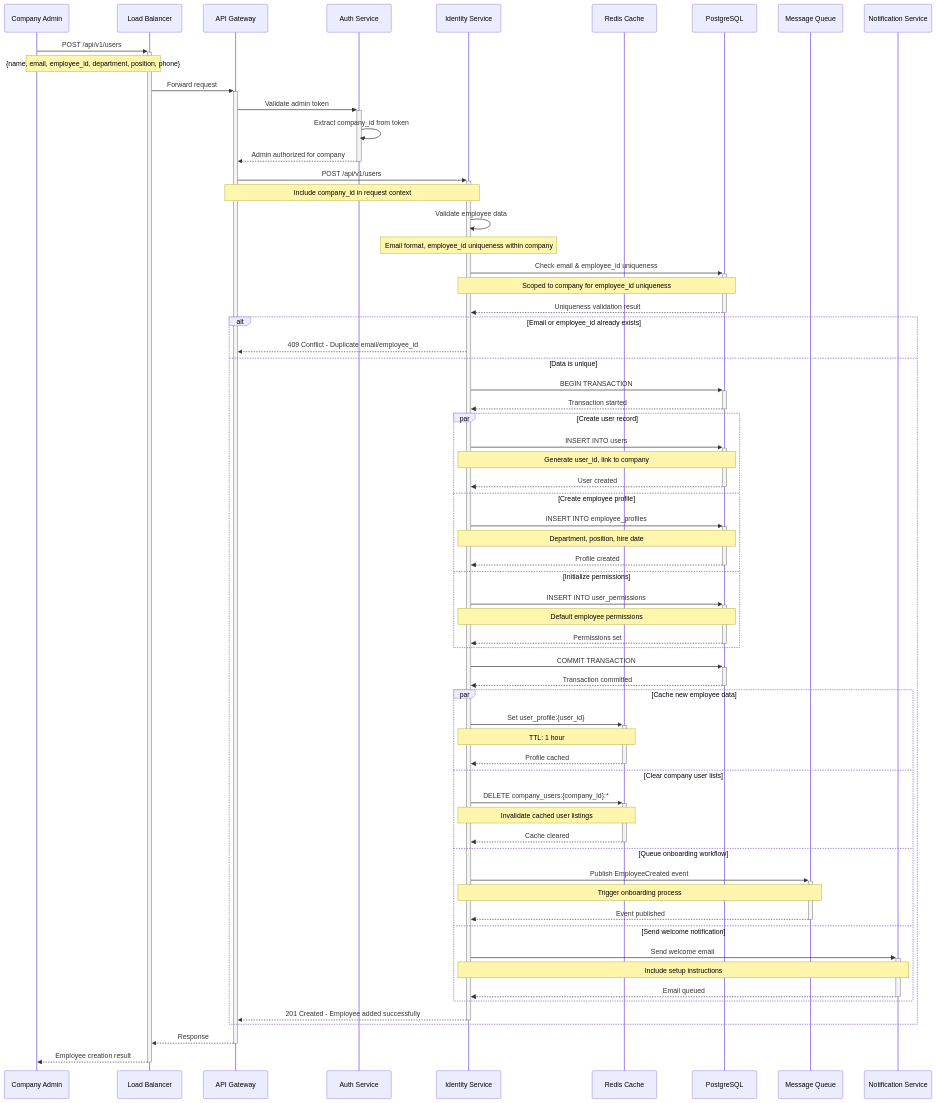
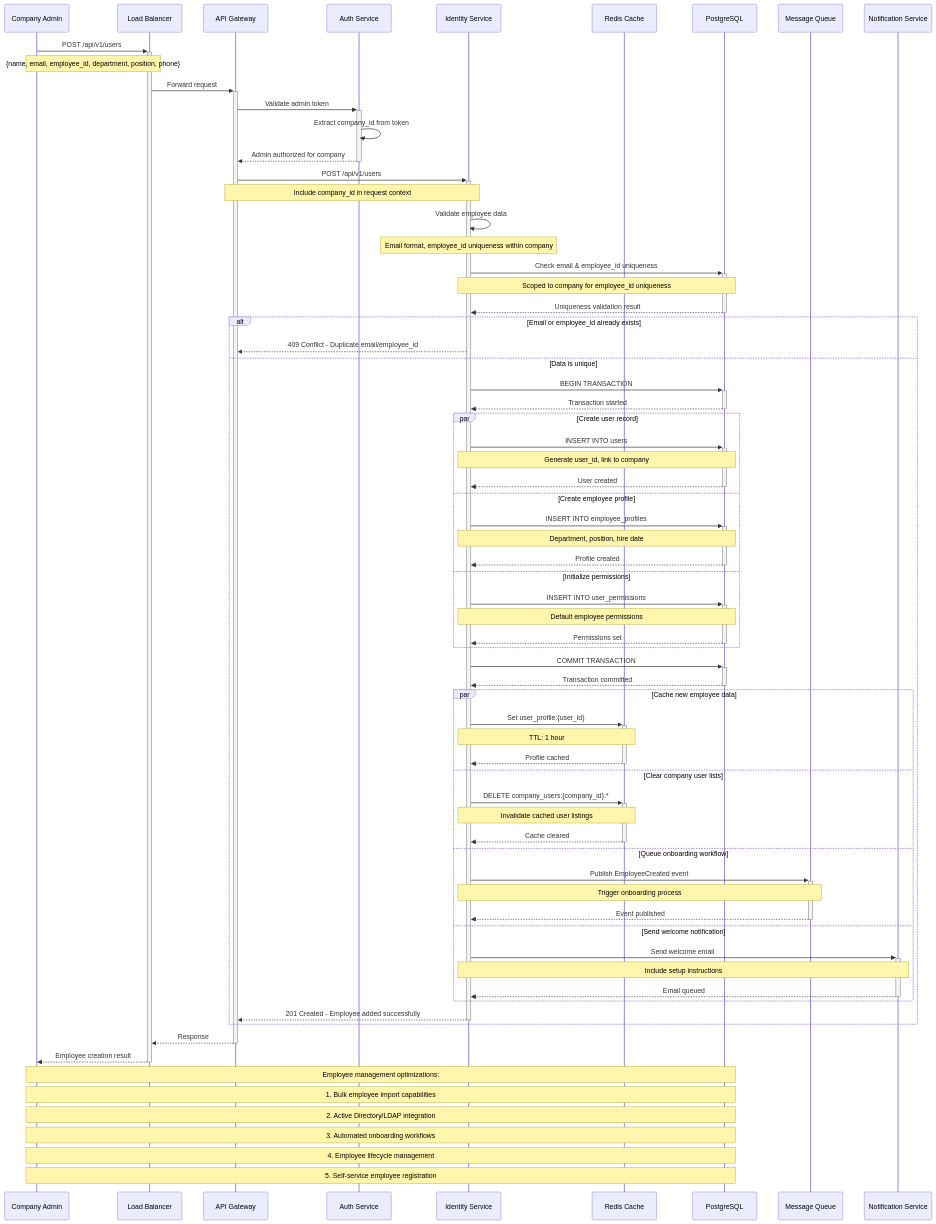
Before and after one commit to Youknow2509/cio_verify_face: the diagram in doc/sequence_diagrams/identity_org/create_employee.mmd, drawn with Mermaid. The commit also changed 46 other files, not shown here.

```diff
--- a/doc/sequence_diagrams/identity_org/create_employee.mmd
+++ b/doc/sequence_diagrams/identity_org/create_employee.mmd
@@ -1,75 +1,82 @@
 sequenceDiagram
     participant Admin as Company Admin
     participant LB as Load Balancer
     participant Gateway as API Gateway
     participant Auth as Auth Service
     participant Identity as Identity Service
     participant Cache as Redis Cache
     participant DB as PostgreSQL
     participant Queue as Message Queue
     participant Notification as Notification Service
 
     Admin->>+LB: POST /api/v1/users
     Note over Admin,LB: {name, email, employee_id, department, position, phone}
     
     LB->>+Gateway: Forward request
     Gateway->>+Auth: Validate admin token
     Auth->>Auth: Extract company_id from token
     Auth-->>-Gateway: Admin authorized for company
     
     Gateway->>+Identity: POST /api/v1/users
     Note over Gateway,Identity: Include company_id in request context
     
     Identity->>Identity: Validate employee data
     Note over Identity: Email format, employee_id uniqueness within company
     
     Identity->>+DB: Check email & employee_id uniqueness
     Note over Identity,DB: Scoped to company for employee_id uniqueness
     DB-->>-Identity: Uniqueness validation result
     
     alt Email or employee_id already exists
         Identity-->>Gateway: 409 Conflict - Duplicate email/employee_id
     else Data is unique
         Identity->>+DB: BEGIN TRANSACTION
         DB-->>-Identity: Transaction started
         
         par Create user record
             Identity->>+DB: INSERT INTO users
             Note over Identity,DB: Generate user_id, link to company
             DB-->>-Identity: User created
         and Create employee profile
             Identity->>+DB: INSERT INTO employee_profiles
             Note over Identity,DB: Department, position, hire date
             DB-->>-Identity: Profile created
         and Initialize permissions
             Identity->>+DB: INSERT INTO user_permissions
             Note over Identity,DB: Default employee permissions
             DB-->>-Identity: Permissions set
         end
         
         Identity->>+DB: COMMIT TRANSACTION
         DB-->>-Identity: Transaction committed
         
         par Cache new employee data
             Identity->>+Cache: Set user_profile:{user_id}
             Note over Identity,Cache: TTL: 1 hour
             Cache-->>-Identity: Profile cached
         and Clear company user lists
             Identity->>+Cache: DELETE company_users:{company_id}:*
             Note over Identity,Cache: Invalidate cached user listings
             Cache-->>-Identity: Cache cleared
         and Queue onboarding workflow
             Identity->>+Queue: Publish EmployeeCreated event
             Note over Identity,Queue: Trigger onboarding process
             Queue-->>-Identity: Event published
         and Send welcome notification
             Identity->>+Notification: Send welcome email
             Note over Identity,Notification: Include setup instructions
             Notification-->>-Identity: Email queued
         end
         
         Identity-->>-Gateway: 201 Created - Employee added successfully
     end
     
     Gateway-->>-LB: Response
     LB-->>-Admin: Employee creation result
+    
+    Note over Admin,DB: Employee management optimizations:
+    Note over Admin,DB: 1. Bulk employee import capabilities
+    Note over Admin,DB: 2. Active Directory/LDAP integration
+    Note over Admin,DB: 3. Automated onboarding workflows
+    Note over Admin,DB: 4. Employee lifecycle management
+    Note over Admin,DB: 5. Self-service employee registration
```
